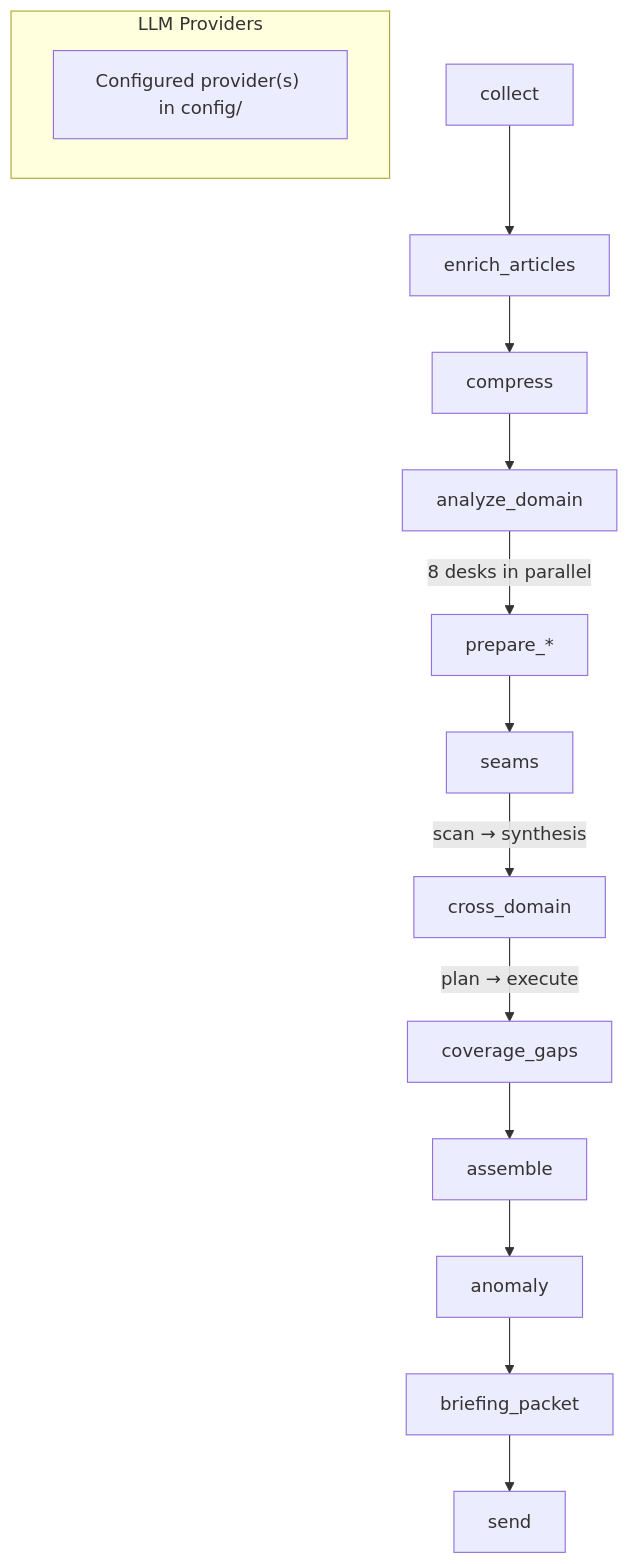
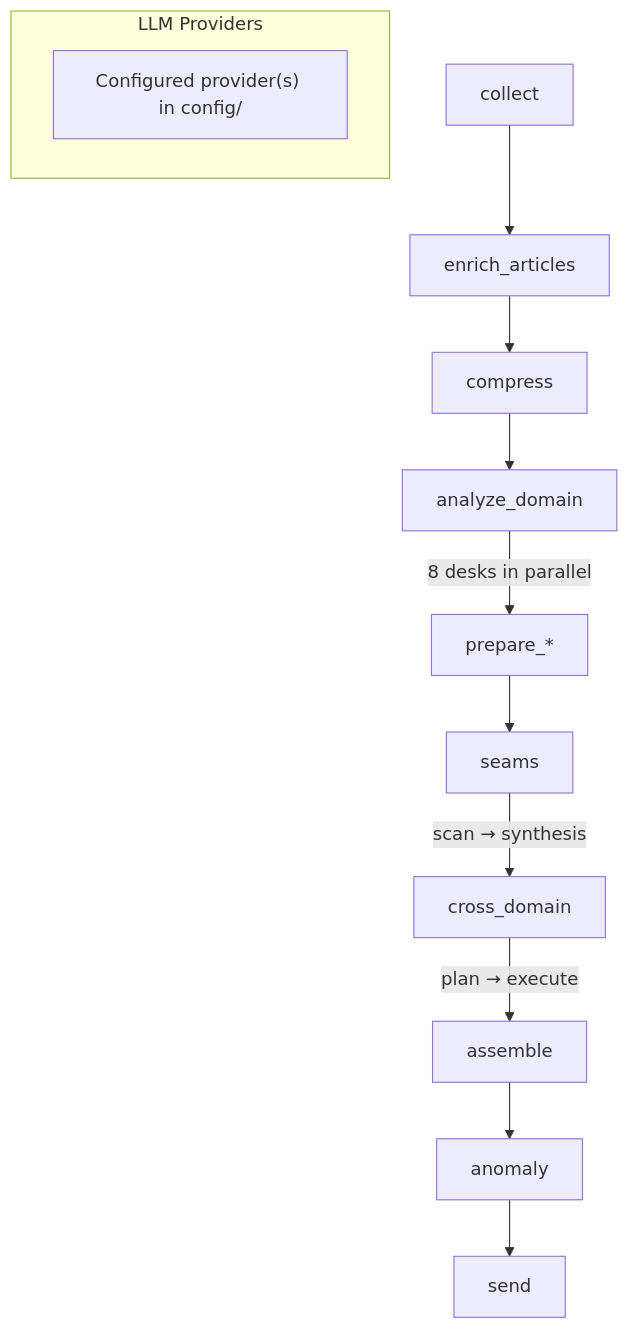
The second of 2 diagrams in README.md (Aaron-Fine/morning-briefing), drawn with Mermaid before and after one commit. The commit also changed other lines of this file and 6 other files, not shown here.

````diff
--- a/README.md
+++ b/README.md
@@ -57,18 +55,16 @@
 ```mermaid
 graph TD
     collect --> enrich_articles
     enrich_articles --> compress
     compress --> analyze_domain
     analyze_domain -->|"8 desks in parallel"| prepare["prepare_*"]
     prepare --> seams
     seams -->|"scan → synthesis"| cross_domain
-    cross_domain -->|"plan → execute"| coverage_gaps
-    coverage_gaps --> assemble
+    cross_domain -->|"plan → execute"| assemble
     assemble --> anomaly
-    anomaly --> briefing_packet
-    briefing_packet --> send
+    anomaly --> send
 
     subgraph LLM Providers
         CFG["Configured provider(s) in config/"]
     end
 ```
````
